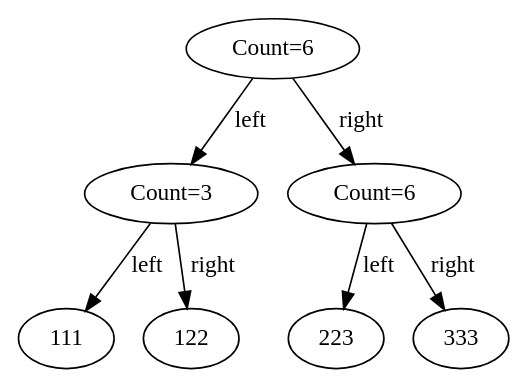
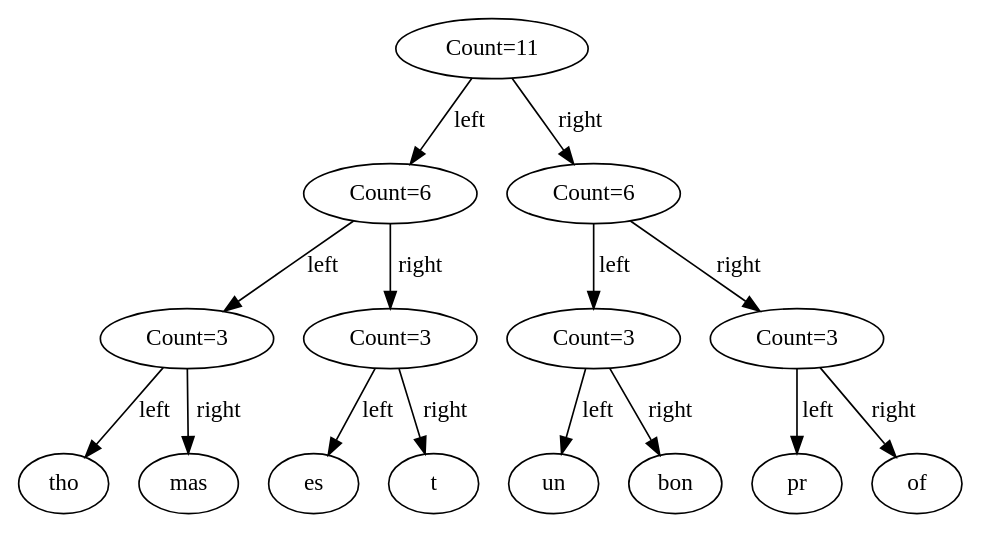
The diagram in rope_graph.dot (tiballion/rope-structure), drawn with Graphviz before and after one commit. The commit also changed 15 other files, not shown here.

```diff
--- a/rope_graph.dot
+++ b/rope_graph.dot
@@ -1,15 +1,31 @@
 digraph Rope {
-node0x13ee06b40 [label="Count=6"];
-node0x13ee06b40 -> node0x13ee06aa0 [label="left"];
-node0x13ee06aa0 [label="Count=3"];
-node0x13ee06aa0 -> node0x13ee06ad0 [label="left"];
-node0x13ee06ad0 [label="111"];
-node0x13ee06aa0 -> node0x13ee068c0 [label="right"];
-node0x13ee068c0 [label="122"];
-node0x13ee06b40 -> node0x13ee06900 [label="right"];
-node0x13ee06900 [label="Count=6"];
-node0x13ee06900 -> node0x13ee06930 [label="left"];
-node0x13ee06930 [label="223"];
-node0x13ee06900 -> node0x13ee06970 [label="right"];
-node0x13ee06970 [label="333"];
+node0x560f31e562a0 [label="Count=11"];
+node0x560f31e562a0 -> node0x560f31e562d0 [label="left"];
+node0x560f31e562d0 [label="Count=6"];
+node0x560f31e562d0 -> node0x560f31e56300 [label="left"];
+node0x560f31e56300 [label="Count=3"];
+node0x560f31e56300 -> node0x560f31e56330 [label="left"];
+node0x560f31e56330 [label="tho"];
+node0x560f31e56300 -> node0x560f31e56380 [label="right"];
+node0x560f31e56380 [label="mas"];
+node0x560f31e562d0 -> node0x560f31e563d0 [label="right"];
+node0x560f31e563d0 [label="Count=3"];
+node0x560f31e563d0 -> node0x560f31e56400 [label="left"];
+node0x560f31e56400 [label=" es"];
+node0x560f31e563d0 -> node0x560f31e56450 [label="right"];
+node0x560f31e56450 [label="t "];
+node0x560f31e562a0 -> node0x560f31e564a0 [label="right"];
+node0x560f31e564a0 [label="Count=6"];
+node0x560f31e564a0 -> node0x560f31e564d0 [label="left"];
+node0x560f31e564d0 [label="Count=3"];
+node0x560f31e564d0 -> node0x560f31e56500 [label="left"];
+node0x560f31e56500 [label="un "];
+node0x560f31e564d0 -> node0x560f31e56550 [label="right"];
+node0x560f31e56550 [label="bon"];
+node0x560f31e564a0 -> node0x560f31e565a0 [label="right"];
+node0x560f31e565a0 [label="Count=3"];
+node0x560f31e565a0 -> node0x560f31e565d0 [label="left"];
+node0x560f31e565d0 [label=" pr"];
+node0x560f31e565a0 -> node0x560f31e56620 [label="right"];
+node0x560f31e56620 [label="of"];
 }
```
